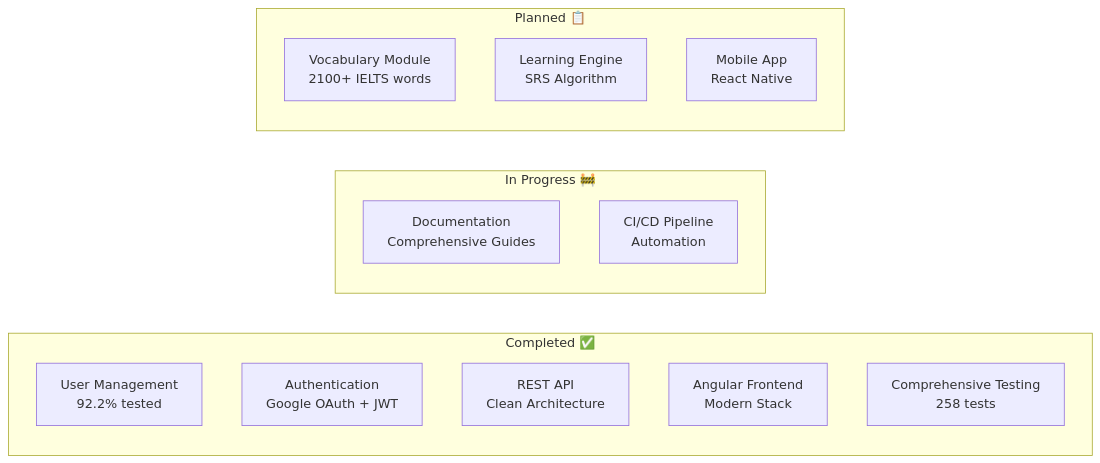
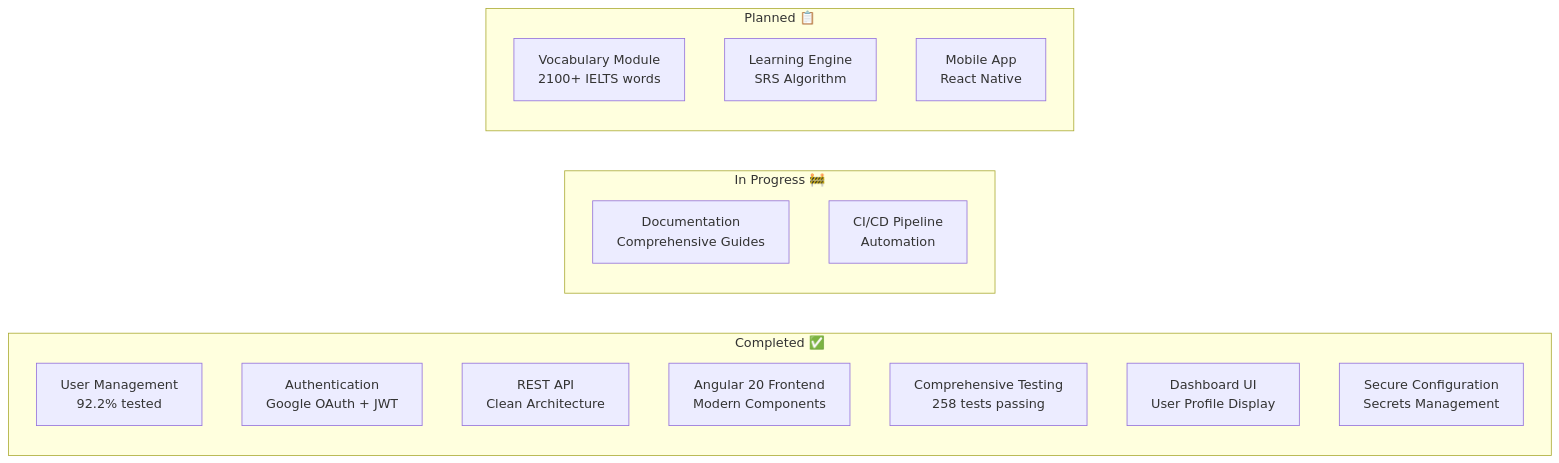
Before and after one commit to mdabdullahfaruque/StudyBridgeBD: the second of 2 diagrams in docs/INDEX.md, drawn with Mermaid. The commit also changed other lines of this file and 5 other files, not shown here.

````diff
--- a/docs/INDEX.md
+++ b/docs/INDEX.md
@@ -102,21 +116,23 @@
 ```mermaid
 graph LR
     subgraph "Completed ✅"
         USER_MGMT[User Management<br/>92.2% tested]
         AUTH[Authentication<br/>Google OAuth + JWT]
         API[REST API<br/>Clean Architecture]
-        FRONTEND[Angular Frontend<br/>Modern Stack]
-        TESTING[Comprehensive Testing<br/>258 tests]
+        FRONTEND[Angular 20 Frontend<br/>Modern Components]
+        TESTING[Comprehensive Testing<br/>258 tests passing]
+        DASHBOARD[Dashboard UI<br/>User Profile Display]
+        SECURITY[Secure Configuration<br/>Secrets Management]
     end
     
     subgraph "In Progress 🚧"
         DOCS[Documentation<br/>Comprehensive Guides]
         DEPLOYMENT[CI/CD Pipeline<br/>Automation]
     end
     
     subgraph "Planned 📋"
         VOCAB[Vocabulary Module<br/>2100+ IELTS words]
         LEARNING[Learning Engine<br/>SRS Algorithm]
         MOBILE[Mobile App<br/>React Native]
     end
 ```
````
